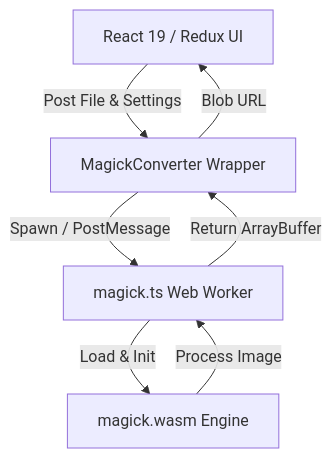
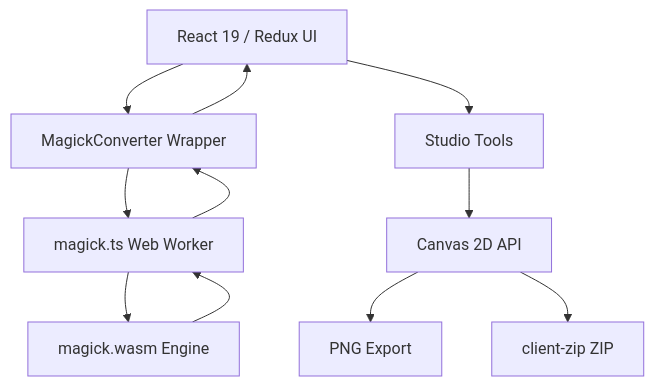
The diagram in README.md (Prasenjit11111998/chng), drawn with Mermaid before and after one commit. The commit also changed other lines of this file and 14 other files, not shown here.

````diff
--- a/README.md
+++ b/README.md
@@ -54,9 +90,14 @@
 ```mermaid
-graph TD;
-    UI[React 19 / Redux UI] -->|Post File & Settings| MagickConverter[MagickConverter Wrapper]
-    MagickConverter -->|Spawn / PostMessage| Worker[magick.ts Web Worker]
-    Worker -->|Load & Init| MagickWASM[magick.wasm Engine]
-    MagickWASM -->|Process Image| Worker
-    Worker -->|Return ArrayBuffer| MagickConverter
-    MagickConverter -->|Blob URL| UI
+graph TD
+  UI[React 19 / Redux UI] --> MagickConverter[MagickConverter Wrapper]
+  MagickConverter --> Worker[magick.ts Web Worker]
+  Worker --> WASM[magick.wasm Engine]
+  WASM --> Worker
+  Worker --> MagickConverter
+  MagickConverter --> UI
+
+  UI --> Studio[Studio Tools]
+  Studio --> Canvas[Canvas 2D API]
+  Canvas --> PNG[PNG Export]
+  Canvas --> ZIP[client-zip ZIP]
 ```
````
